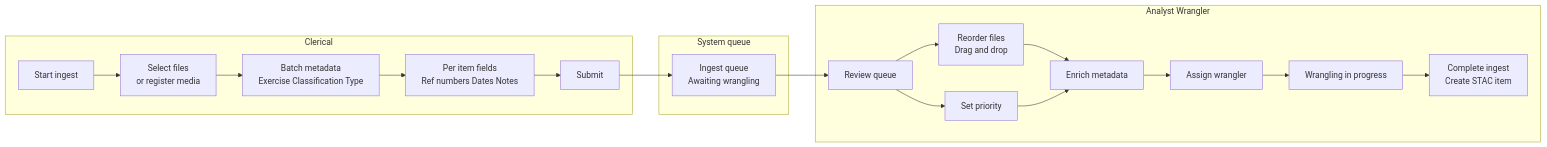
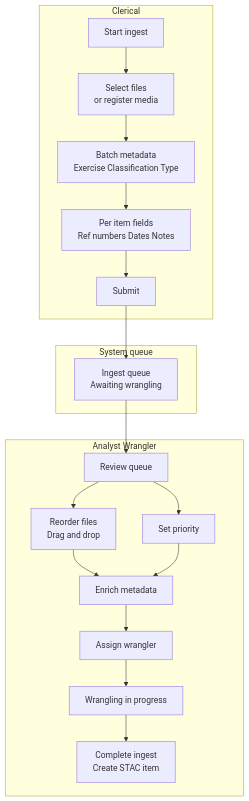
Before and after one commit to debrief/future-debrief: the sixth of 6 diagrams in docs/import-service.md, drawn with Mermaid. The commit also changed other lines of this file, not shown here.

Commit message:
Update Clerical-to-Analyst ingest flow diagrams for improved clarity and structure

````diff
--- a/docs/import-service.md
+++ b/docs/import-service.md
@@ -157,34 +157,34 @@
 ```mermaid
-flowchart LR
+flowchart TD
   %% Lanes
   subgraph A[Clerical]
     A1[Start ingest]
     A2[Select files\nor register media]
     A3[Batch metadata\nExercise Classification Type]
     A4[Per item fields\nRef numbers Dates Notes]
     A5[Submit]
   end
 
   subgraph B[System queue]
     B1[Ingest queue\nAwaiting wrangling]
   end
 
   subgraph C[Analyst Wrangler]
     C1[Review queue]
     C2[Reorder files\nDrag and drop]
     C3[Set priority]
     C4[Enrich metadata]
     C5[Assign wrangler]
     C6[Wrangling in progress]
     C7[Complete ingest\nCreate STAC item]
   end
 
   %% Flow
   A1 --> A2 --> A3 --> A4 --> A5 --> B1
   B1 --> C1
   C1 --> C2
   C1 --> C3
   C2 --> C4
   C3 --> C4
   C4 --> C5 --> C6 --> C7
 ```
````
